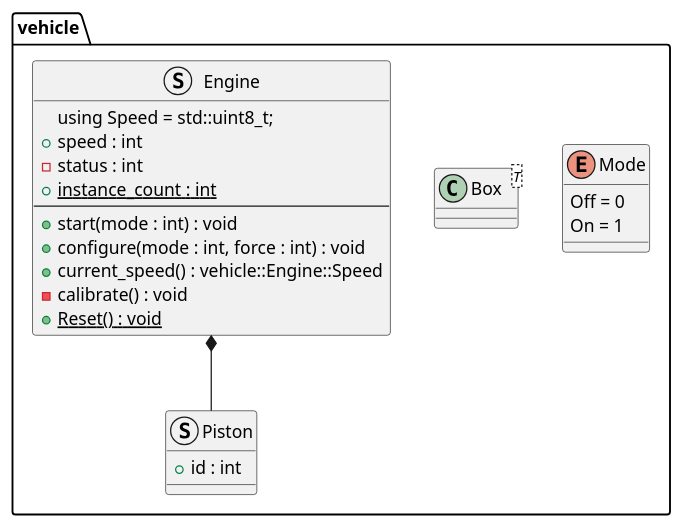
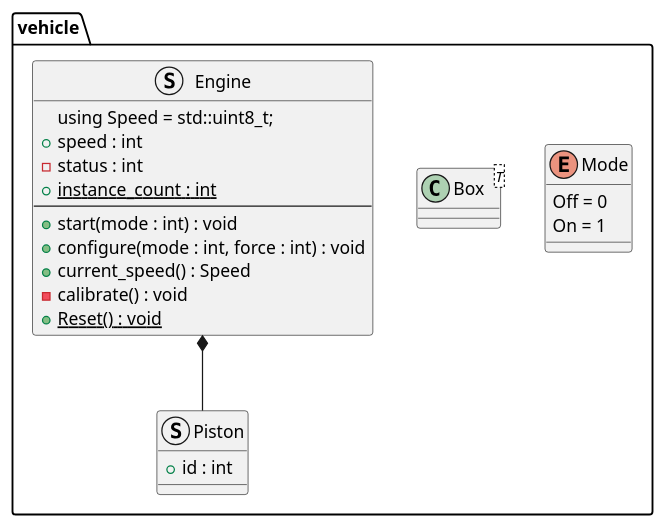
Before and after one commit to eclipse-score/tooling: the diagram in validation/core/integration_test/class_design_implementation/positive_class_features/class_diagram.puml, drawn with PlantUML. The commit also changed 77 other files, not shown here.

```diff
--- a/validation/core/integration_test/class_design_implementation/positive_class_features/class_diagram.puml
+++ b/validation/core/integration_test/class_design_implementation/positive_class_features/class_diagram.puml
@@ -14,31 +14,32 @@
 @startuml
 
 package vehicle {
     struct Piston {
         + id : int
     }
 
     enum Mode {
         Off = 0
         On = 1
     }
 
     class Box<T>
 
     struct Engine {
         using Speed = std::uint8_t;
         + speed : int
         - status : int
         {static} + instance_count : int
         --
         + start(mode : int) : void
         + configure(mode : int, force : int) : void
-        + current_speed() : vehicle::Engine::Speed
+        ' temporary adapted, will be reverted once namespace validation finished
+        + current_speed() : Speed
         - calibrate() : void
         + {static} Reset() : void
     }
 
     Engine *-- Piston
 }
 
 @enduml
```
